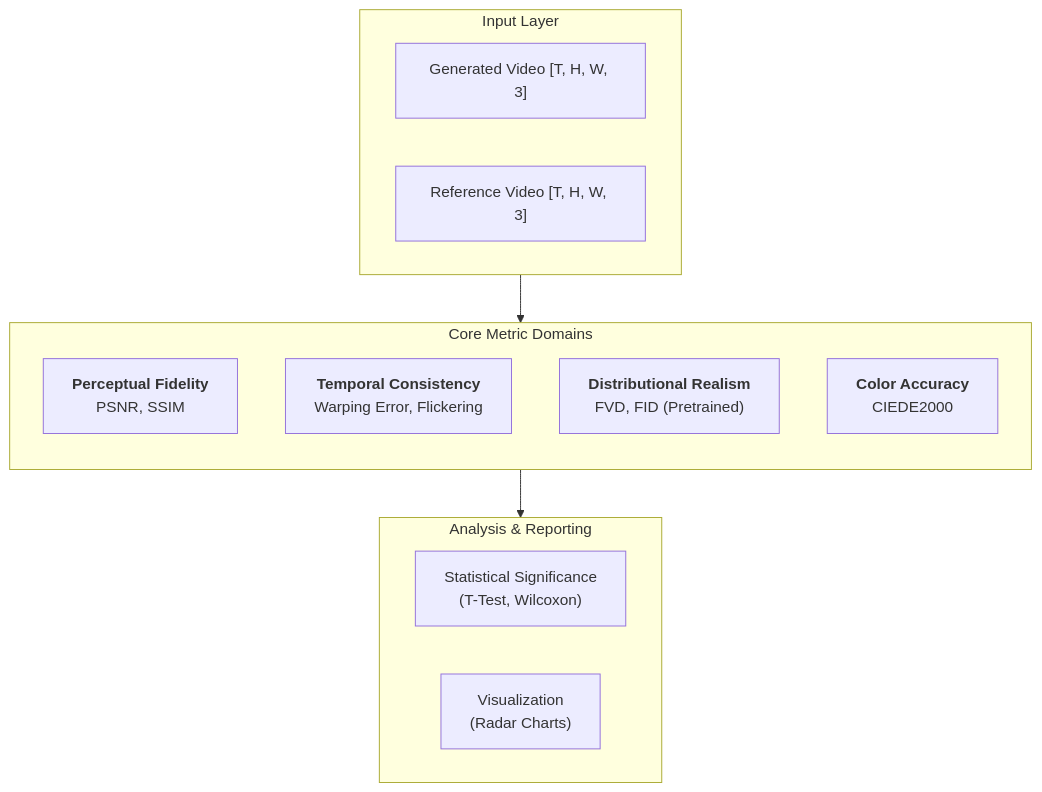
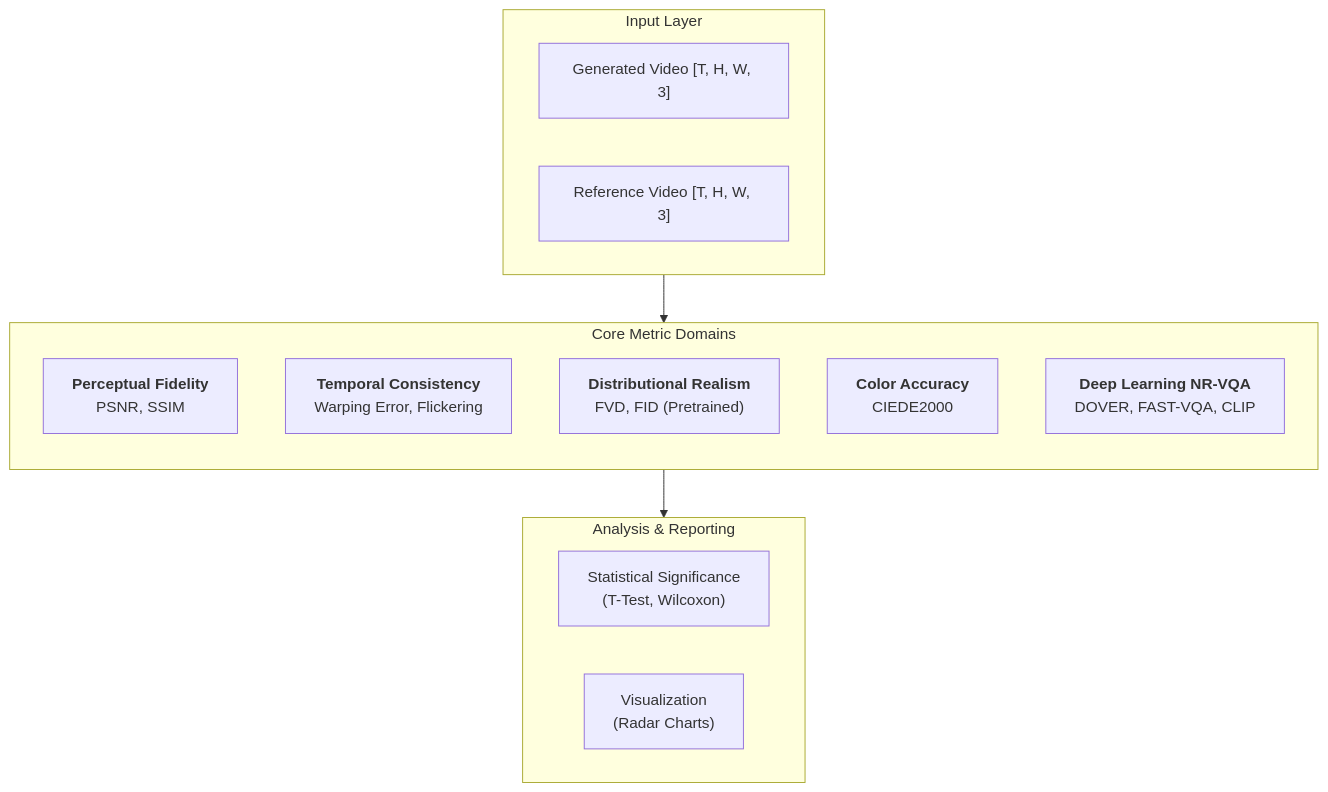
Before and after one commit to jajos12/ComfyUI-VideoQuality-Metrics: the diagram in doc.md, drawn with Mermaid. The commit also changed other lines of this file and 8 other files, not shown here.

````diff
--- a/doc.md
+++ b/doc.md
@@ -31,23 +30,24 @@
 ```mermaid
 graph TD
     subgraph Input_Layer ["Input Layer"]
         Gen_Vid["Generated Video [T, H, W, 3]"]
         Ref_Vid["Reference Video [T, H, W, 3]"]
     end
 
     subgraph Core_Metrics ["Core Metric Domains"]
         direction TB
         Fid["<b>Perceptual Fidelity</b><br/>PSNR, SSIM"]
         Temp["<b>Temporal Consistency</b><br/>Warping Error, Flickering"]
         Dist["<b>Distributional Realism</b><br/>FVD, FID (Pretrained)"]
         Col["<b>Color Accuracy</b><br/>CIEDE2000"]
+        DL["<b>Deep Learning NR-VQA</b><br/>DOVER, FAST-VQA, CLIP"]
     end
 
     subgraph Analysis_Layer ["Analysis & Reporting"]
         Stats["Statistical Significance<br/>(T-Test, Wilcoxon)"]
         Viz["Visualization<br/>(Radar Charts)"]
     end
 
     Input_Layer --> Core_Metrics
     Core_Metrics --> Analysis_Layer
 ```
````
